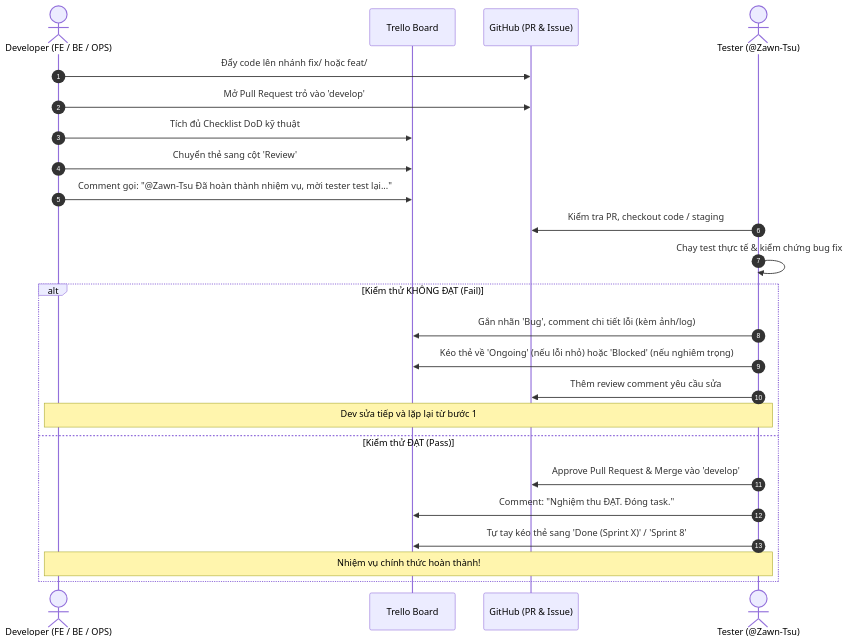
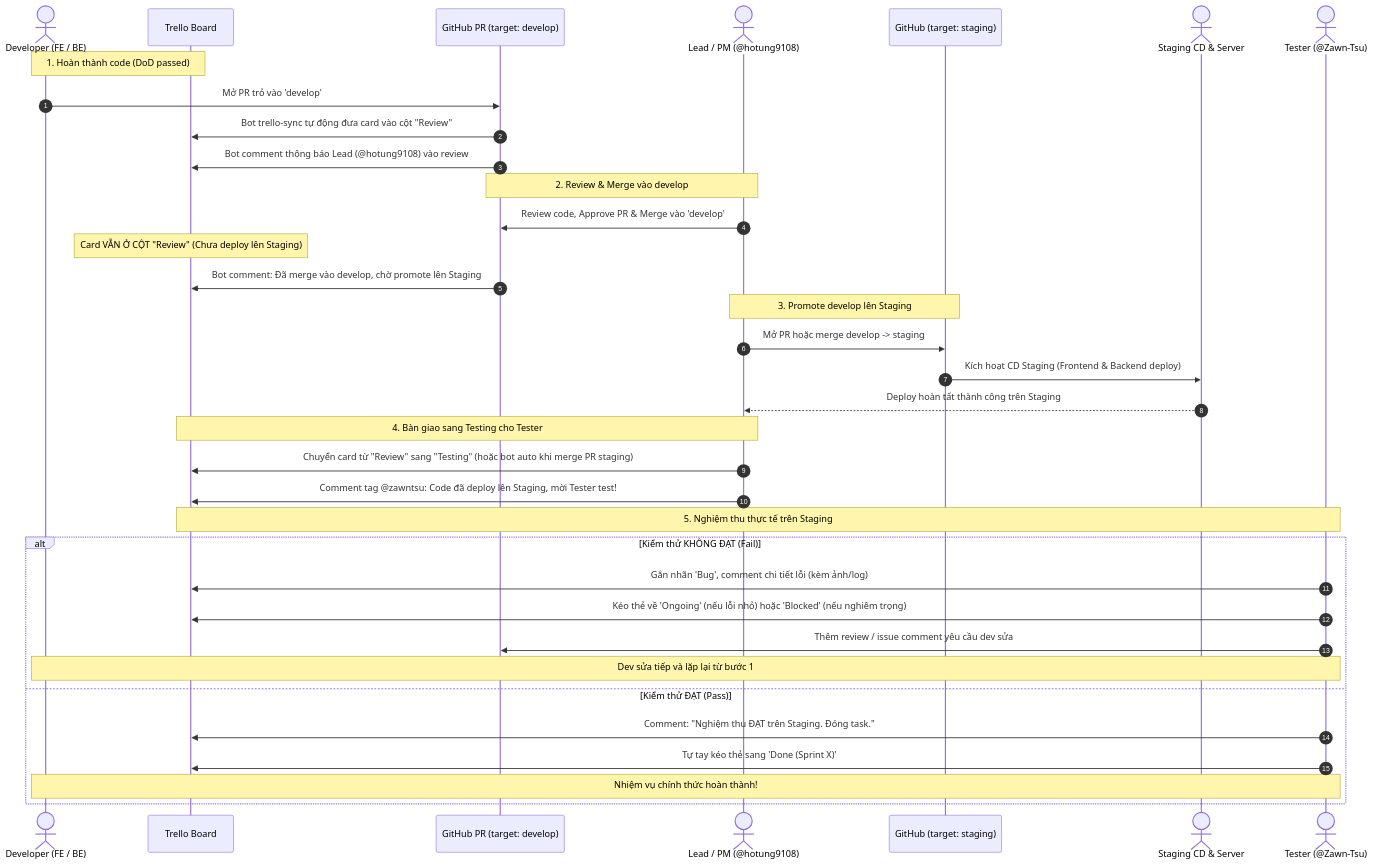
Before and after one commit to hotung9108/EnglishHub: the diagram in docs/guidelines/TRELLO_GITHUB_CONVENTION.md, drawn with Mermaid. The commit also changed other lines of this file and 4 other files, not shown here.

Commit message:
ci(OPS-45): fix trello sync workflow to keep review until staging deploy

````diff
--- a/docs/guidelines/TRELLO_GITHUB_CONVENTION.md
+++ b/docs/guidelines/TRELLO_GITHUB_CONVENTION.md
@@ -114,29 +114,42 @@
 ```mermaid
 sequenceDiagram
     autonumber
-    actor Dev as Developer (FE / BE / OPS)
+    actor Dev as Developer (FE / BE)
     participant Trello as Trello Board
-    participant GitHub as GitHub (PR & Issue)
+    participant GitHubDev as GitHub PR (target: develop)
+    actor Lead as Lead / PM (@hotung9108)
+    participant GitHubStaging as GitHub (target: staging)
+    actor CD as Staging CD & Server
     actor QA as Tester (@Zawn-Tsu)
 
-    Dev->>GitHub: Đẩy code lên nhánh fix/ hoặc feat/
-    Dev->>GitHub: Mở Pull Request trỏ vào 'develop'
-    Dev->>Trello: Tích đủ Checklist DoD kỹ thuật
-    Dev->>Trello: Chuyển thẻ sang cột 'Review'
-    Dev->>Trello: Comment gọi: "@Zawn-Tsu Đã hoàn thành nhiệm vụ, mời tester test lại..."
-    
-    QA->>GitHub: Kiểm tra PR, checkout code / staging
-    QA->>QA: Chạy test thực tế & kiểm chứng bug fix
-    
+    Note over Dev,Trello: 1. Hoàn thành code (DoD passed)
+    Dev->>GitHubDev: Mở PR trỏ vào 'develop'
+    GitHubDev->>Trello: Bot trello-sync tự động đưa card vào cột "Review"
+    GitHubDev->>Trello: Bot comment thông báo Lead (@hotung9108) vào review
+
+    Note over Lead,GitHubDev: 2. Review & Merge vào develop
+    Lead->>GitHubDev: Review code, Approve PR & Merge vào 'develop'
+    Note over Trello: Card VẪN Ở CỘT "Review" (Chưa deploy lên Staging)
+    GitHubDev->>Trello: Bot comment: Đã merge vào develop, chờ promote lên Staging
+
+    Note over Lead,GitHubStaging: 3. Promote develop lên Staging
+    Lead->>GitHubStaging: Mở PR hoặc merge develop -> staging
+    GitHubStaging->>CD: Kích hoạt CD Staging (Frontend & Backend deploy)
+    CD-->>Lead: Deploy hoàn tất thành công trên Staging
+
+    Note over Lead,Trello: 4. Bàn giao sang Testing cho Tester
+    Lead->>Trello: Chuyển card từ "Review" sang "Testing" (hoặc bot auto khi merge PR staging)
+    Lead->>Trello: Comment tag @zawntsu: Code đã deploy lên Staging, mời Tester test!
+
+    Note over QA,Trello: 5. Nghiệm thu thực tế trên Staging
     alt Kiểm thử KHÔNG ĐẠT (Fail)
         QA->>Trello: Gắn nhãn 'Bug', comment chi tiết lỗi (kèm ảnh/log)
         QA->>Trello: Kéo thẻ về 'Ongoing' (nếu lỗi nhỏ) hoặc 'Blocked' (nếu nghiêm trọng)
-        QA->>GitHub: Thêm review comment yêu cầu sửa
+        QA->>GitHubDev: Thêm review / issue comment yêu cầu dev sửa
         Note over Dev,QA: Dev sửa tiếp và lặp lại từ bước 1
     else Kiểm thử ĐẠT (Pass)
-        QA->>GitHub: Approve Pull Request & Merge vào 'develop'
-        QA->>Trello: Comment: "Nghiệm thu ĐẠT. Đóng task."
-        QA->>Trello: Tự tay kéo thẻ sang 'Done (Sprint X)' / 'Sprint 8'
+        QA->>Trello: Comment: "Nghiệm thu ĐẠT trên Staging. Đóng task."
+        QA->>Trello: Tự tay kéo thẻ sang 'Done (Sprint X)'
         Note over Dev,QA: Nhiệm vụ chính thức hoàn thành!
     end
 ```
````
